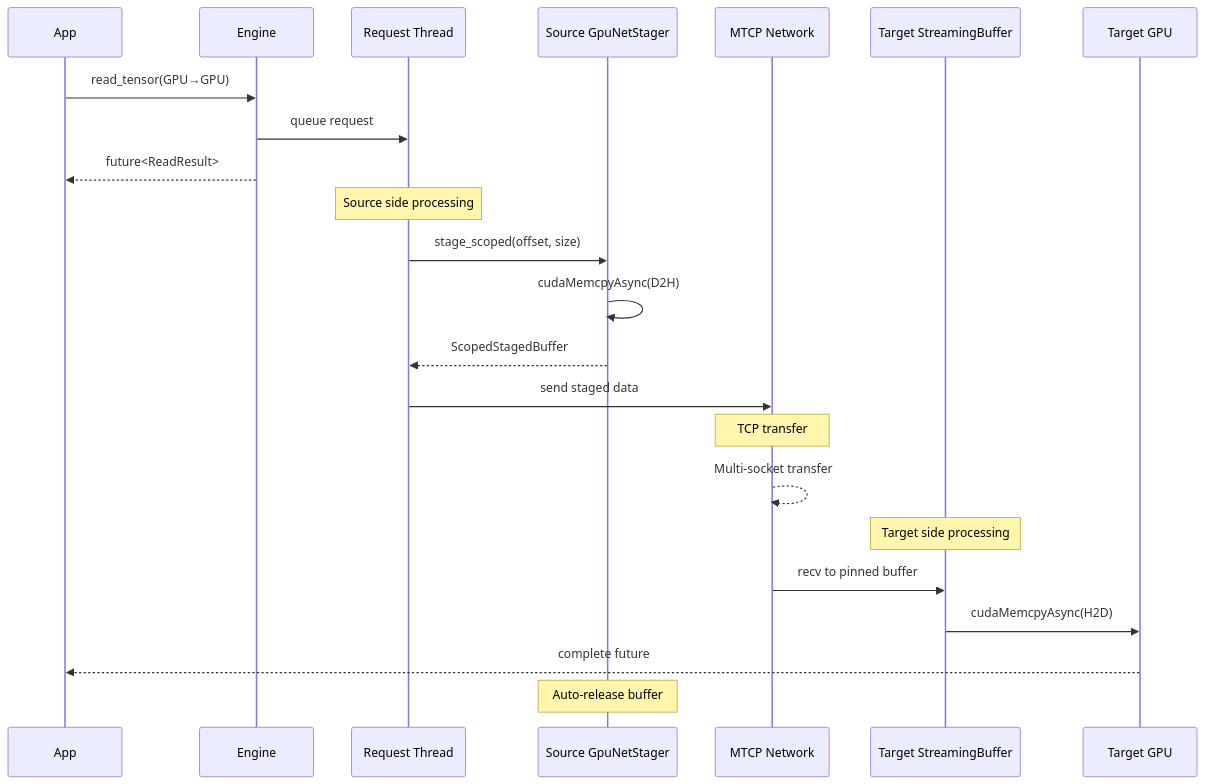
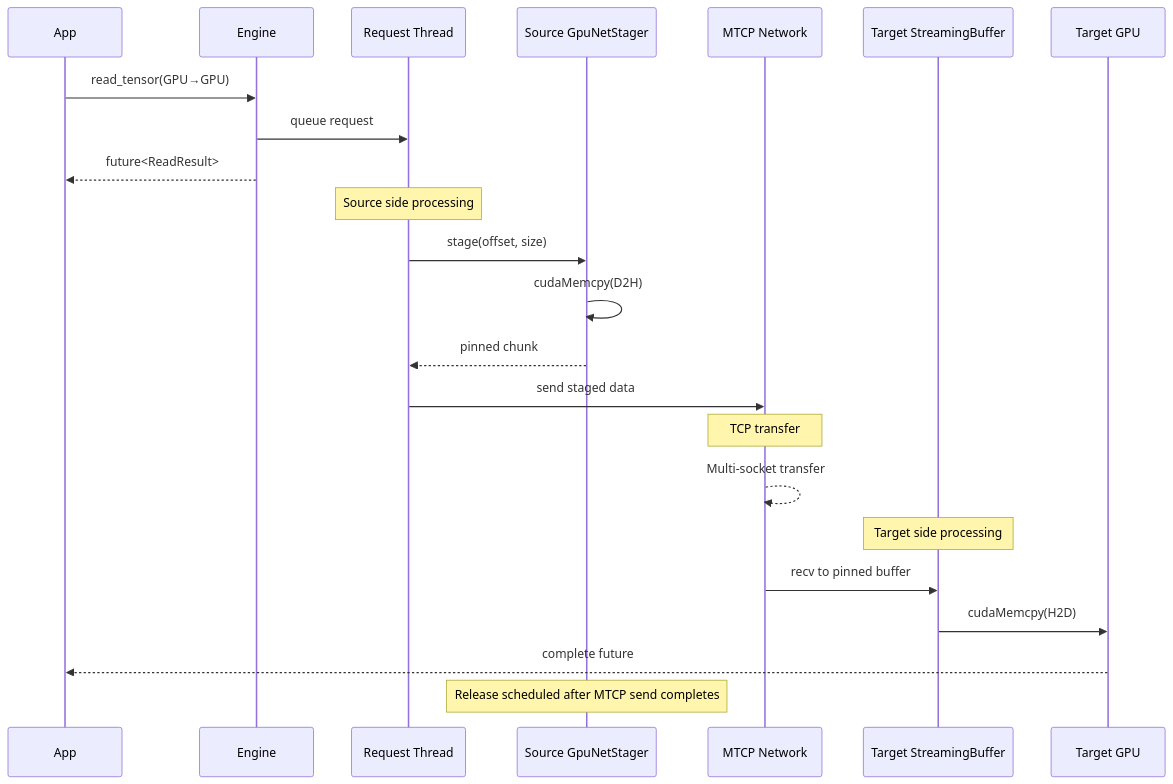
The tenth of 13 diagrams in core/communicator/README.md (tensorcast-ai/tensorcast), drawn with Mermaid before and after one commit. The commit also changed other lines of this file and 5 other files, not shown here.

````diff
--- a/core/communicator/README.md
+++ b/core/communicator/README.md
@@ -428,30 +474,30 @@
 ```mermaid
 sequenceDiagram
   participant App
   participant Engine
   participant ReqThread as Request Thread
   participant SrcStager as Source GpuNetStager
   participant Network as MTCP Network
   participant TgtBuffer as Target StreamingBuffer
   participant GPU as Target GPU
 
   App->>Engine: read_tensor(GPU→GPU)
   Engine->>ReqThread: queue request
   Engine-->>App: future<ReadResult>
 
   Note over ReqThread: Source side processing
-  ReqThread->>SrcStager: stage_scoped(offset, size)
-  SrcStager->>SrcStager: cudaMemcpyAsync(D2H)
-  SrcStager-->>ReqThread: ScopedStagedBuffer
+  ReqThread->>SrcStager: stage(offset, size)
+  SrcStager->>SrcStager: cudaMemcpy(D2H)
+  SrcStager-->>ReqThread: pinned chunk
   ReqThread->>Network: send staged data
 
   Note over Network: TCP transfer
   Network-->>Network: Multi-socket transfer
 
   Note over TgtBuffer: Target side processing
   Network->>TgtBuffer: recv to pinned buffer
-  TgtBuffer->>GPU: cudaMemcpyAsync(H2D)
+  TgtBuffer->>GPU: cudaMemcpy(H2D)
   GPU-->>App: complete future
 
-  Note over SrcStager: Auto-release buffer
+  Note over SrcStager: Release scheduled after MTCP send completes
 ```
````
